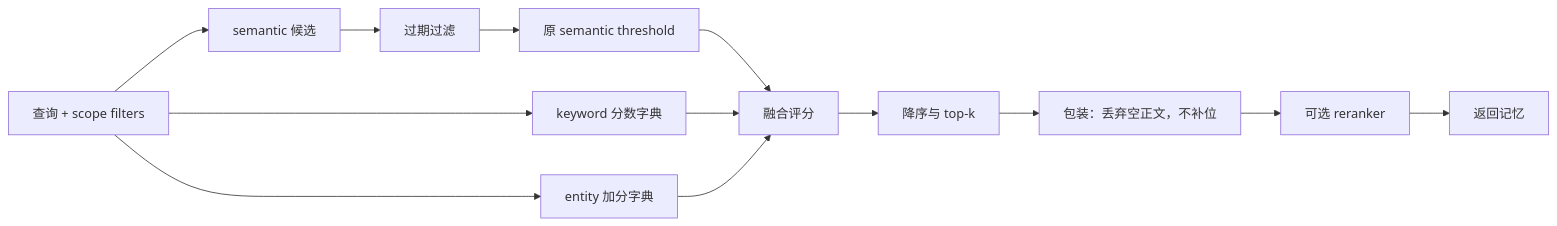
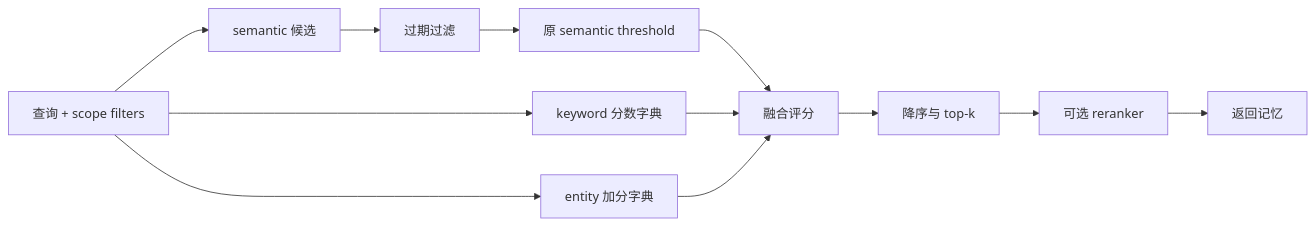
The diagram in agentic/02-single-agent/memory/project-studies/mem0/retrieval.md (wenyuexin/ai-praxis), drawn with Mermaid before and after one commit. The commit also changed other lines of this file and 13 other files, not shown here.

````diff
--- a/agentic/02-single-agent/memory/project-studies/mem0/retrieval.md
+++ b/agentic/02-single-agent/memory/project-studies/mem0/retrieval.md
@@ -49,15 +49,14 @@
 ```mermaid
 flowchart LR
     Q["查询 + scope filters"] --> S["semantic 候选"]
     S --> E["过期过滤"]
     E --> T["原 semantic threshold"]
     T --> F["融合评分"]
     Q --> K["keyword 分数字典"]
     Q --> I["entity 加分字典"]
     K --> F
     I --> F
     F --> O["降序与 top-k"]
-    O --> P["包装：丢弃空正文，不补位"]
-    P --> R["可选 reranker"]
+    O --> R["可选 reranker"]
     R --> A["返回记忆"]
 ```
````
